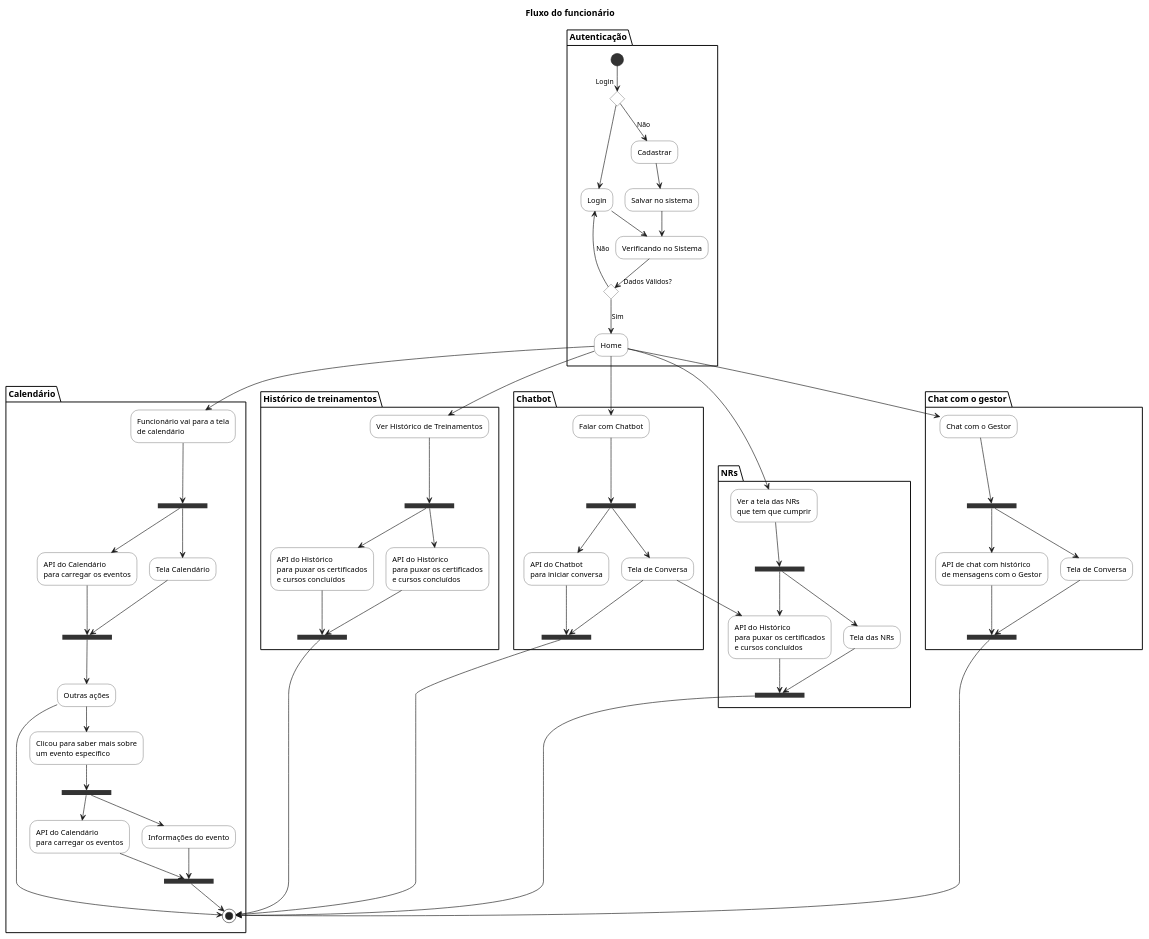
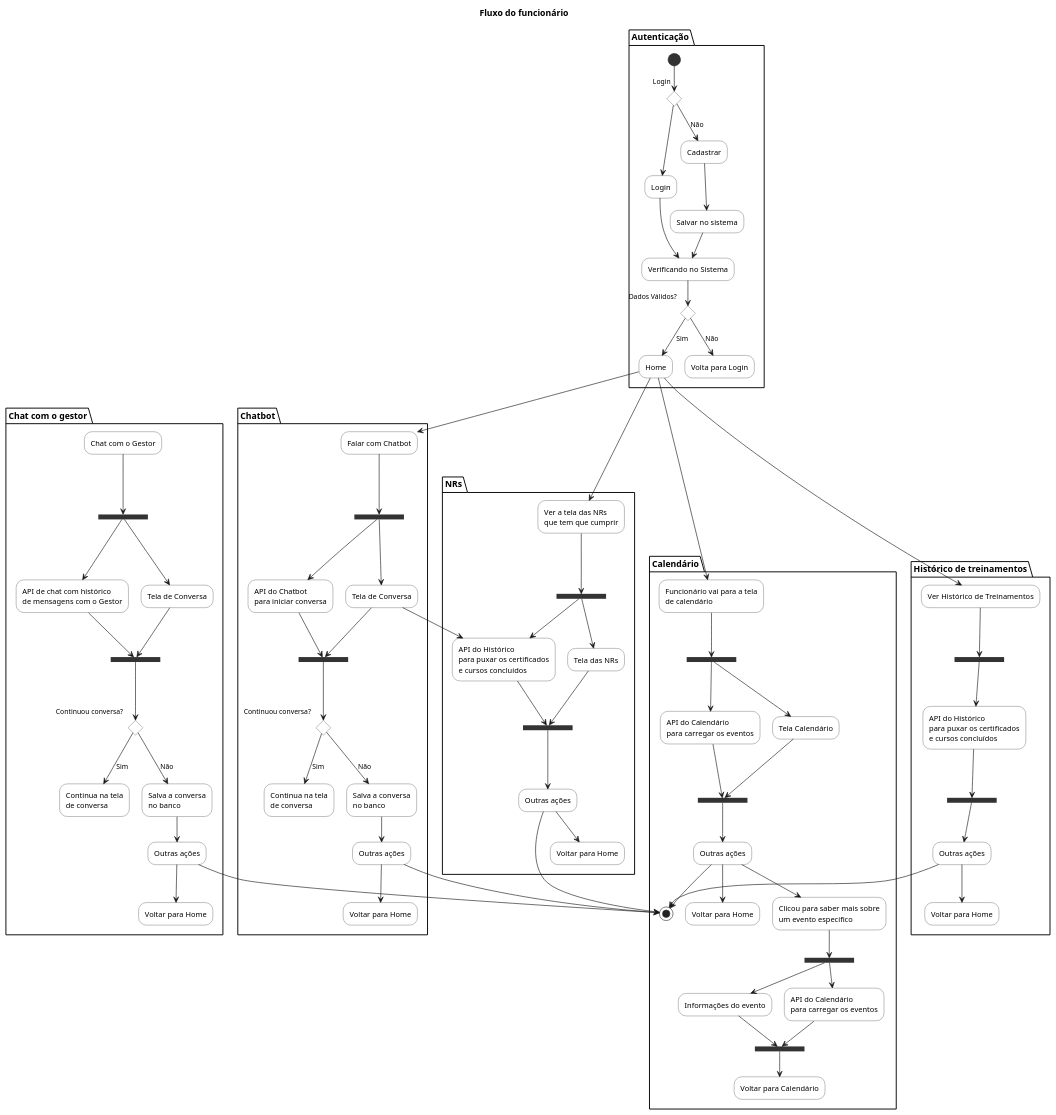
One commit to Astro-Inter/astro-eqs-diagrams changed the diagram in diagrams/fluxo-funcionario.plantuml. Above: the diagram before and after it, drawn with PlantUML. The commit also changed 3 other files, not shown here.

Commit message:
docs(SCRUM-558): converter diagramas do pacote de entrega para plantuml

```diff
--- a/diagrams/fluxo-funcionario.plantuml
+++ b/diagrams/fluxo-funcionario.plantuml
@@ -1,103 +1,118 @@
 @startuml fluxo_funcionario
 title Fluxo do funcionário
 
 ' Jira: https://luizacursino.atlassian.net/browse/SCRUM-558
-' Fonte: arquivo draw.io "Diagrama sem nome", página "Página-1".
-' Setas sobrepostas equivalentes foram consolidadas.
+' Fonte: Entrega Astro/Diagramas/Fluxo Funcionario - Diagrama de  atividades.jpg
+' no arquivo entrega-astro.zip. Substitui a versão anterior do draw.io.
 skinparam shadowing false
 skinparam defaultFontName SansSerif
 skinparam activity {
   BackgroundColor White
   BorderColor #333333
   StartColor #333333
   EndColor #333333
   BarColor #333333
 }
 
 partition "Autenticação" {
   (*) --> if "Login" then
     --> "Login" as login
   else
     -->[Não] "Cadastrar" as cadastrar
     --> "Salvar no sistema" as salvar
   endif
 
   login --> "Verificando no Sistema" as verificar
   salvar --> verificar
   verificar --> if "Dados Válidos?" then
     -->[Sim] "Home" as home
   else
-    -->[Não] login
+    -->[Não] "Volta para Login" as voltar_login
   endif
 }
 
 partition "Calendário" {
   home --> "Funcionário vai para a tela\nde calendário" as abrir_calendario
   --> ===calendario_inicio===
   --> "Tela Calendário" as tela_calendario
   --> ===calendario_fim===
 
   ===calendario_inicio=== --> "API do Calendário\npara carregar os eventos" as api_calendario
   --> ===calendario_fim===
   --> "Outras ações" as outras_acoes
 
   outras_acoes --> (*)
+  outras_acoes --> "Voltar para Home" as home_calendario
   outras_acoes --> "Clicou para saber mais sobre\num evento específico" as abrir_evento
   --> ===evento_inicio===
   --> "Informações do evento" as informacoes_evento
   --> ===evento_fim===
 
   ===evento_inicio=== --> "API do Calendário\npara carregar os eventos" as api_evento
   --> ===evento_fim===
-  --> (*)
+  --> "Voltar para Calendário" as voltar_calendario
 }
 
 partition "Histórico de treinamentos" {
   home --> "Ver Histórico de Treinamentos" as abrir_historico
   --> ===historico_inicio===
-  --> "API do Histórico\npara puxar os certificados\ne cursos concluídos" as api_historico_1
+  --> "API do Histórico\npara puxar os certificados\ne cursos concluídos" as api_historico
   --> ===historico_fim===
-
-  ' O original possui duas atividades com o mesmo texto neste fluxo.
-  ===historico_inicio=== --> "API do Histórico\npara puxar os certificados\ne cursos concluídos" as api_historico_2
-  --> ===historico_fim===
+  --> "Outras ações" as acoes_historico
   --> (*)
+  acoes_historico --> "Voltar para Home" as home_historico
 }
 
 partition "NRs" {
   home --> "Ver a tela das NRs\nque tem que cumprir" as abrir_nrs
   --> ===nrs_inicio===
   --> "Tela das NRs" as tela_nrs
   --> ===nrs_fim===
 
   ===nrs_inicio=== --> "API do Histórico\npara puxar os certificados\ne cursos concluídos" as api_historico_nrs
   --> ===nrs_fim===
+  --> "Outras ações" as acoes_nrs
   --> (*)
+  acoes_nrs --> "Voltar para Home" as home_nrs
 }
 
 partition "Chatbot" {
   home --> "Falar com Chatbot" as abrir_chatbot
   --> ===chatbot_inicio===
   --> "Tela de Conversa" as tela_chatbot
   --> ===chatbot_fim===
 
   ===chatbot_inicio=== --> "API do Chatbot\npara iniciar conversa" as api_chatbot
   --> ===chatbot_fim===
-  --> (*)
+  --> if "Continuou conversa?" then
+    -->[Sim] "Continua na tela\nde conversa" as continuar_chatbot
+  else
+    -->[Não] "Salva a conversa\nno banco" as salvar_chatbot
+    --> "Outras ações" as acoes_chatbot
+    --> (*)
+  endif
+  acoes_chatbot --> "Voltar para Home" as home_chatbot
 
-  ' Conexão explícita no original (Rv5qtU_8SYYeGgRhQWz2-106).
+  ' A imagem mantém a conexão da tela do chatbot com a API do Histórico das NRs.
   tela_chatbot --> api_historico_nrs
 }
 
 partition "Chat com o gestor" {
-  home --> "Chat com o Gestor" as abrir_chat_gestor
-  --> ===gestor_inicio===
+  ' Sem seta de entrada na imagem do ZIP.
+  "Chat com o Gestor" --> ===gestor_inicio===
   --> "Tela de Conversa" as tela_chat_gestor
   --> ===gestor_fim===
 
   ===gestor_inicio=== --> "API de chat com histórico\nde mensagens com o Gestor" as api_chat_gestor
   --> ===gestor_fim===
-  --> (*)
+  --> if "Continuou conversa?" then
+    -->[Sim] "Continua na tela\nde conversa" as continuar_chat_gestor
+  else
+    -->[Não] "Salva a conversa\nno banco" as salvar_chat_gestor
+    --> "Outras ações" as acoes_chat_gestor
+    --> (*)
+  endif
+  acoes_chat_gestor --> "Voltar para Home" as home_chat_gestor
 }
 
 @enduml
```
